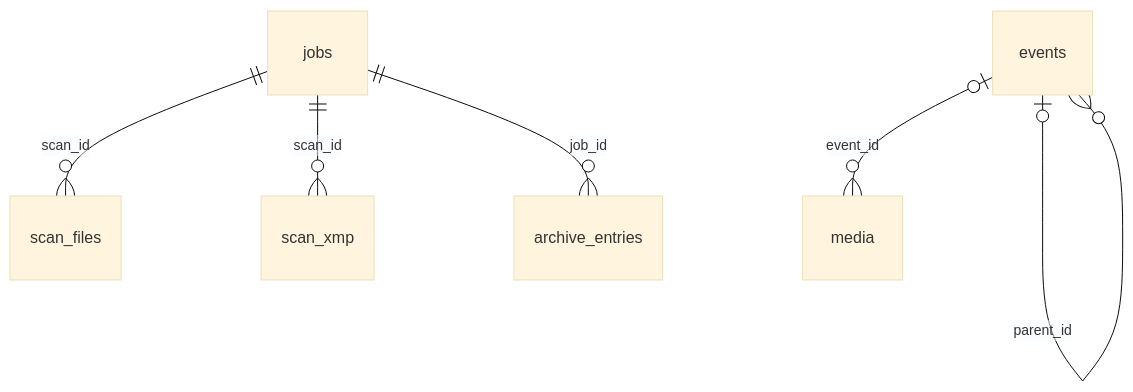
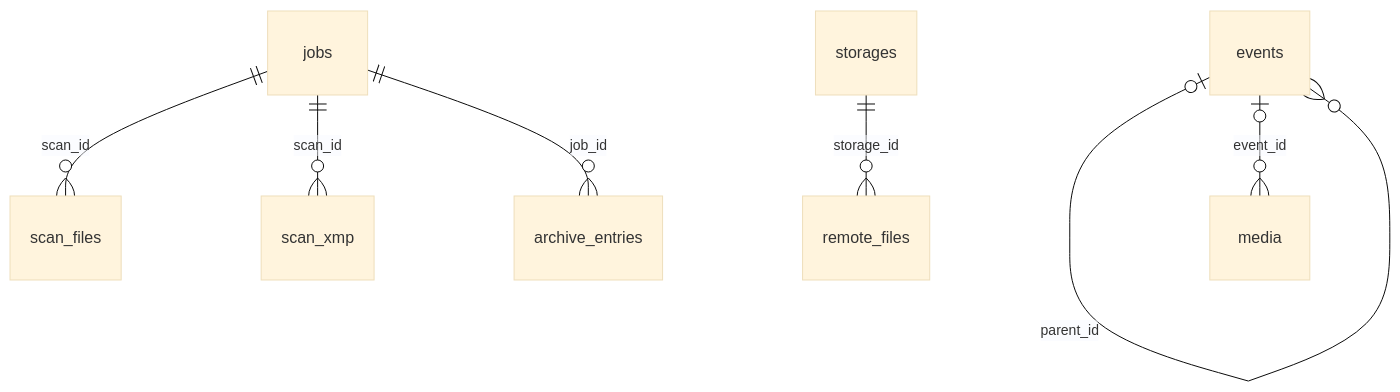
Before and after one commit to h4neulpark/photo_saver: the diagram in docs/data-model.md, drawn with Mermaid (base theme). The commit also changed other lines of this file and 27 other files, not shown here.

````diff
--- a/docs/data-model.md
+++ b/docs/data-model.md
@@ -9,8 +9,9 @@
 ```mermaid
 erDiagram
     jobs ||--o{ scan_files : scan_id
     jobs ||--o{ scan_xmp : scan_id
     jobs ||--o{ archive_entries : job_id
     events o|--o{ events : parent_id
     events o|--o{ media : event_id
+    storages ||--o{ remote_files : storage_id
 ```
````
